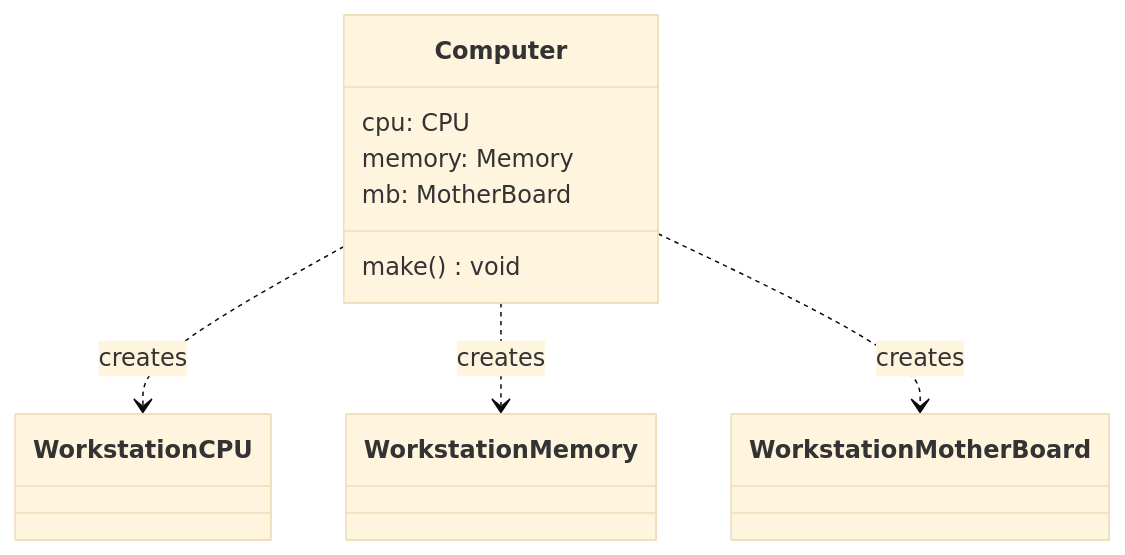
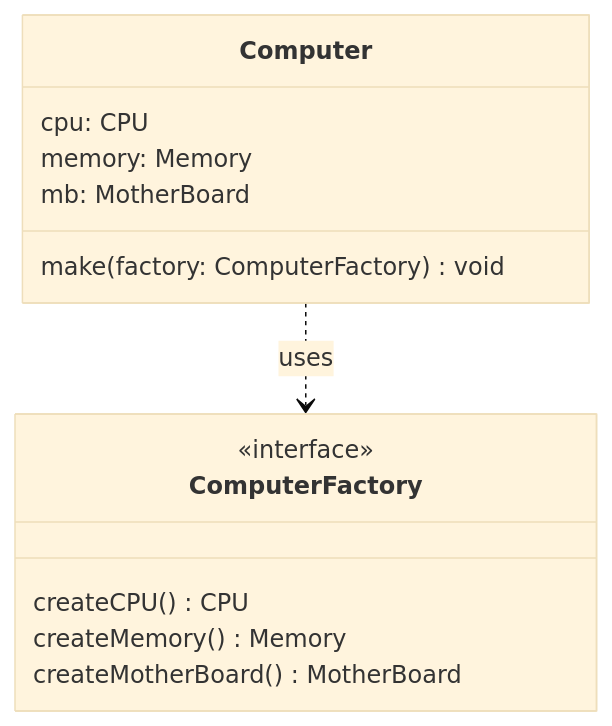
Before and after one commit to nlhsueh/teach_sw_fw: the second of 4 diagrams in Part4_PatternCreation/ch12_af.md, drawn with Mermaid (base theme). The commit also changed other lines of this file, not shown here.

Commit message:
Correct Mermaid diagrams in ch12 Abstract Factory

````diff
--- a/Part4_PatternCreation/ch12_af.md
+++ b/Part4_PatternCreation/ch12_af.md
@@ -45,12 +45,16 @@
 ```mermaid
 classDiagram
     class Computer {
         cpu: CPU
         memory: Memory
         mb: MotherBoard
-        make() void
+        make(factory: ComputerFactory) void
     }
-    Computer ..> WorkstationCPU : creates
-    Computer ..> WorkstationMemory : creates
-    Computer ..> WorkstationMotherBoard : creates
+    class ComputerFactory {
+        <<interface>>
+        createCPU() CPU
+        createMemory() Memory
+        createMotherBoard() MotherBoard
+    }
+    Computer ..> ComputerFactory : uses
 ```
````
